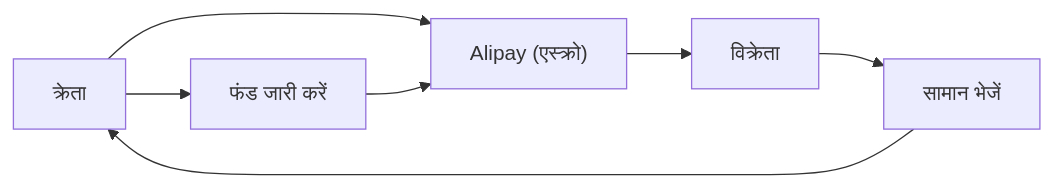
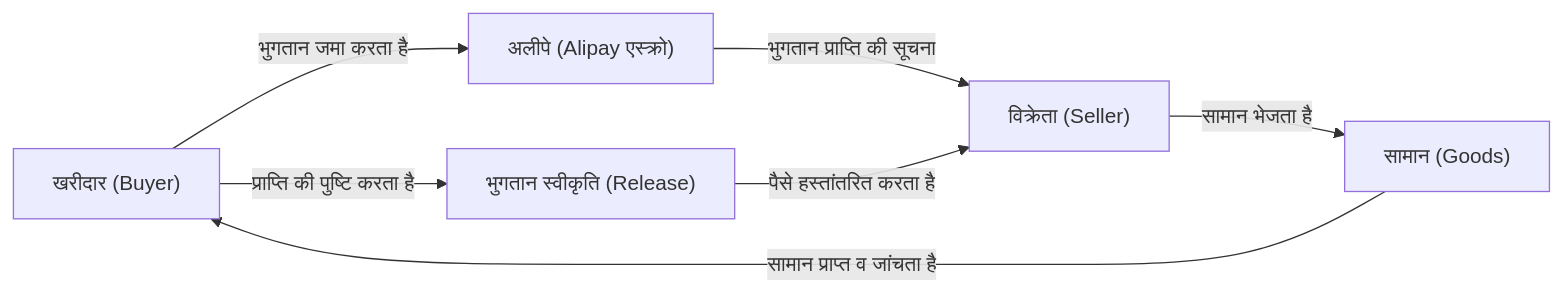
Before and after one commit to kenjinote/blog: the diagram in content/post/history-of-alibaba/index.hi.md, drawn with Mermaid. The commit also changed other lines of this file and 219 other files, not shown here.

````diff
--- a/content/post/history-of-alibaba/index.hi.md
+++ b/content/post/history-of-alibaba/index.hi.md
@@ -24,9 +46,9 @@
 ```mermaid
 flowchart LR
-    Buyer["क्रेता"] --> Alipay["Alipay (एस्क्रो)"]
-    Alipay --> Seller["विक्रेता"]
-    Seller --> Goods["सामान भेजें"]
-    Goods --> Buyer
-    Buyer --> Release["फंड जारी करें"]
-    Release --> Alipay
+    Buyer["खरीदार (Buyer)"] -->|भुगतान जमा करता है| Alipay["अलीपे (Alipay एस्क्रो)"]
+    Alipay -->|भुगतान प्राप्ति की सूचना| Seller["विक्रेता (Seller)"]
+    Seller -->|सामान भेजता है| Goods["सामान (Goods)"]
+    Goods -->|सामान प्राप्त व जांचता है| Buyer
+    Buyer -->|प्राप्ति की पुष्टि करता है| Release["भुगतान स्वीकृति (Release)"]
+    Release -->|पैसे हस्तांतरित करता है| Seller
 ```
````
